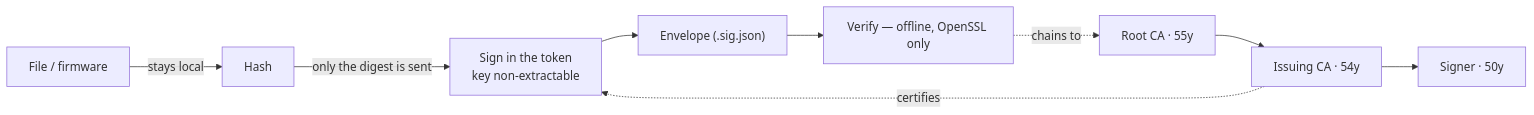
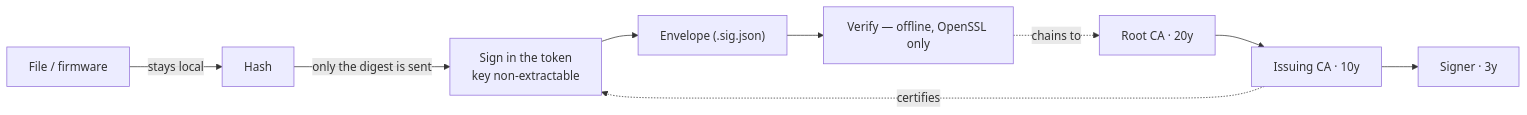
One commit to rayketcham-lab/tailnumber changed the diagram in README.md. Above: the diagram before and after it, drawn with Mermaid. The commit also changed other lines of this file and 2 other files, not shown here.

````diff
--- a/README.md
+++ b/README.md
@@ -122,10 +135,10 @@
 ```mermaid
 flowchart LR
   F["File / firmware"] -->|"stays local"| H["Hash"]
   H -->|"only the digest is sent"| S["Sign in the token<br/>key non-extractable"]
   S --> E["Envelope (.sig.json)"]
   E --> V["Verify — offline, OpenSSL only"]
-  R["Root CA · 55y"] --> I["Issuing CA · 54y"] --> L["Signer · 50y"]
+  R["Root CA · 20y"] --> I["Issuing CA · 10y"] --> L["Signer · 3y"]
   I -. certifies .-> S
   V -. chains to .-> R
 ```
````
